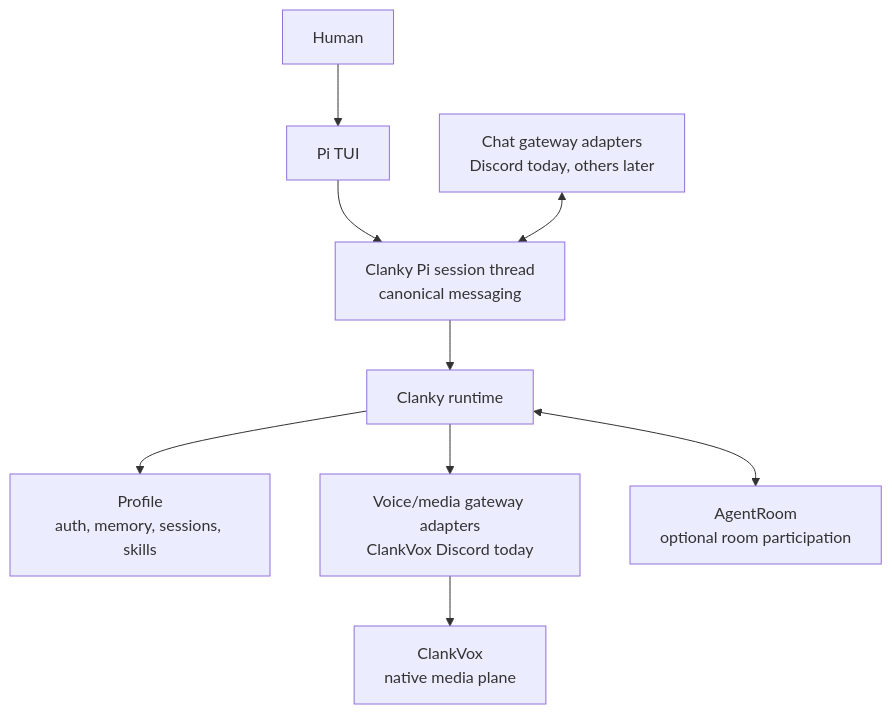
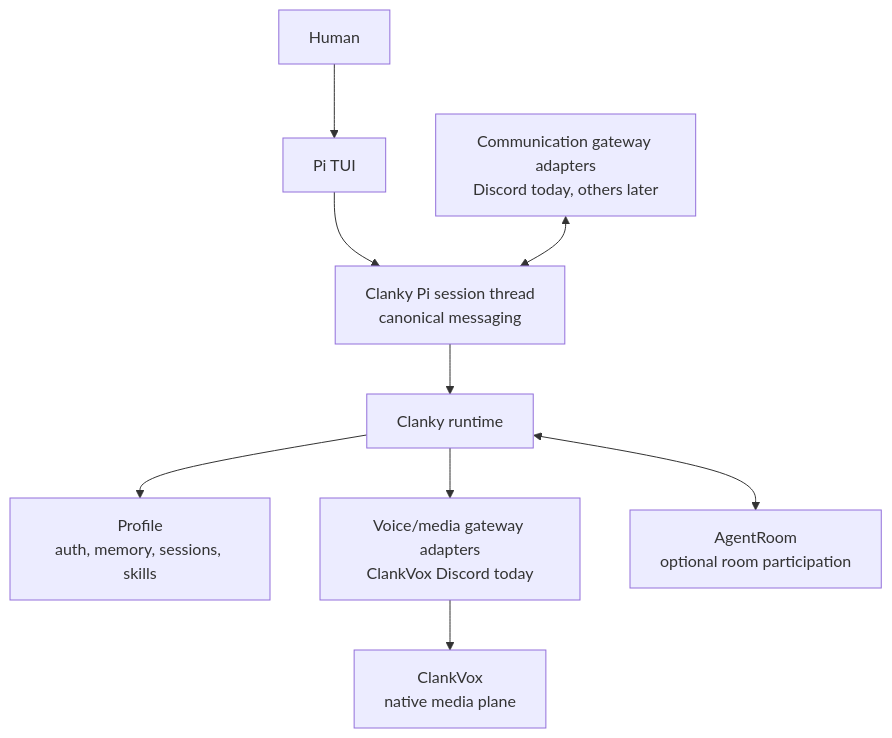
Before and after one commit to Volpestyle/clanky: the diagram in README.md, drawn with Mermaid. The commit also changed other lines of this file and 12 other files, not shown here.

Commit message:
docs: document communication gateway model

````diff
--- a/README.md
+++ b/README.md
@@ -64,21 +64,21 @@
 ```mermaid
 flowchart TB
   user["Human"]
   tui["Pi TUI"]
   thread["Clanky Pi session thread<br/>canonical messaging"]
   clanky["Clanky runtime"]
   profile["Profile<br/>auth, memory, sessions, skills"]
-  chat["Chat gateway adapters<br/>Discord today, others later"]
+  chat["Communication gateway adapters<br/>Discord today, others later"]
   voice["Voice/media gateway adapters<br/>ClankVox Discord today"]
   vox["ClankVox<br/>native media plane"]
   room["AgentRoom<br/>optional room participation"]
 
   user --> tui
   tui --> thread
   thread --> clanky
   clanky --> profile
   chat <--> thread
   clanky --> voice
   voice --> vox
   clanky <--> room
 ```
````
